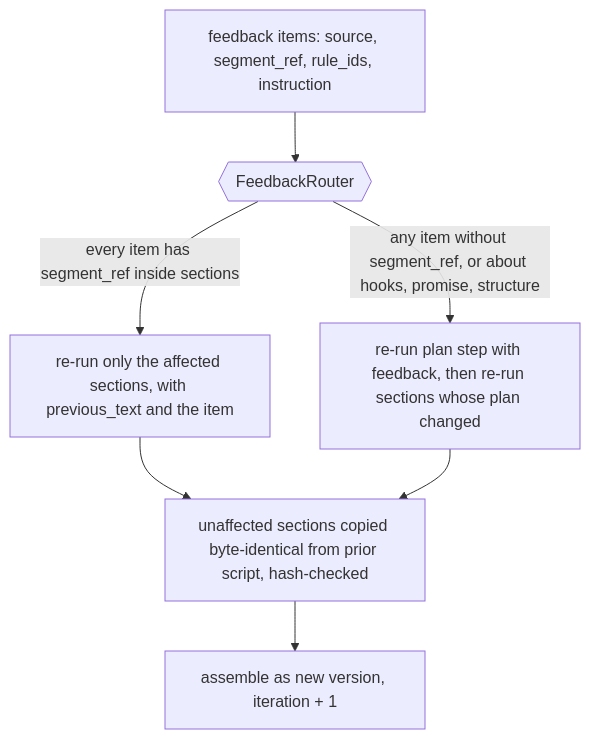
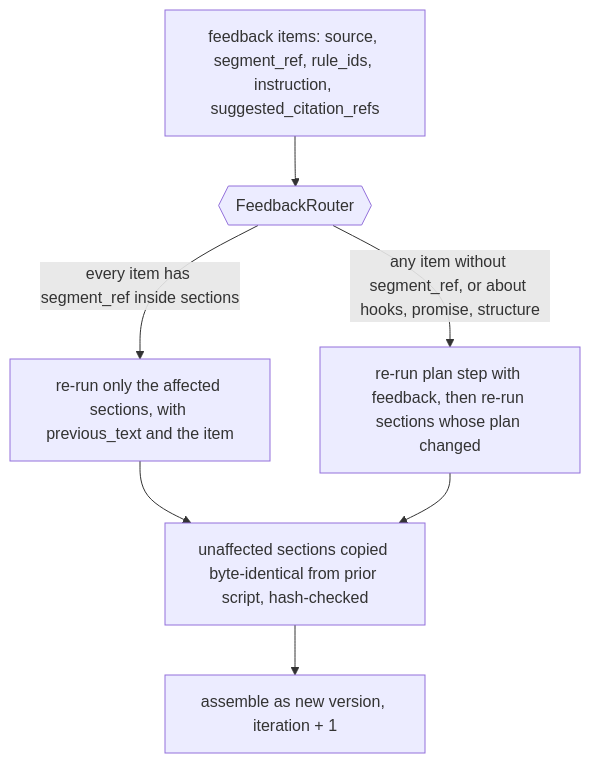
One commit to abhiwasu007-a11y/Media changed the third of 3 diagrams in docs/v4/agents/agent_05_scriptwriter.md. Above: the diagram before and after it, drawn with Mermaid. The commit also changed other lines of this file and 1 other file, not shown here.

First line of the commit message:
docs(v4): agent 05 blueprint follows merged contracts (names, schemas, revision mapping, repair policy, hand-offs, tests, acceptance)

````diff
--- a/docs/v4/agents/agent_05_scriptwriter.md
+++ b/docs/v4/agents/agent_05_scriptwriter.md
@@ -157,9 +159,9 @@
 ```mermaid
 flowchart TD
-  F[feedback items: source, segment_ref, rule_ids, instruction] --> R{{FeedbackRouter}}
+  F[feedback items: source, segment_ref, rule_ids, instruction, suggested_citation_refs] --> R{{FeedbackRouter}}
   R -->|every item has segment_ref inside sections| S[re-run only the affected sections, with previous_text and the item]
   R -->|any item without segment_ref, or about hooks, promise, structure| PL[re-run plan step with feedback, then re-run sections whose plan changed]
   S --> KEEP[unaffected sections copied byte-identical from prior script, hash-checked]
   PL --> KEEP
   KEEP --> AS[assemble as new version, iteration + 1]
 ```
````
